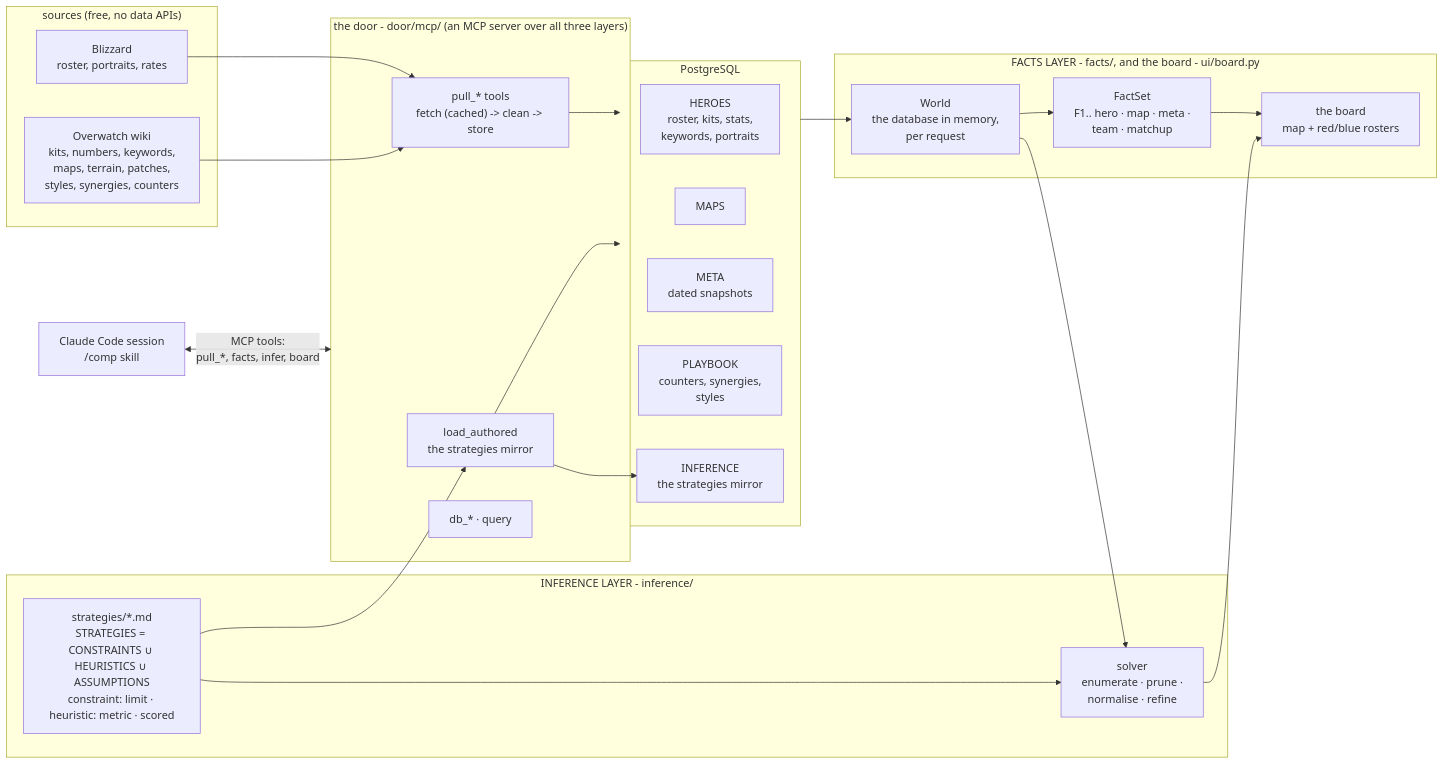
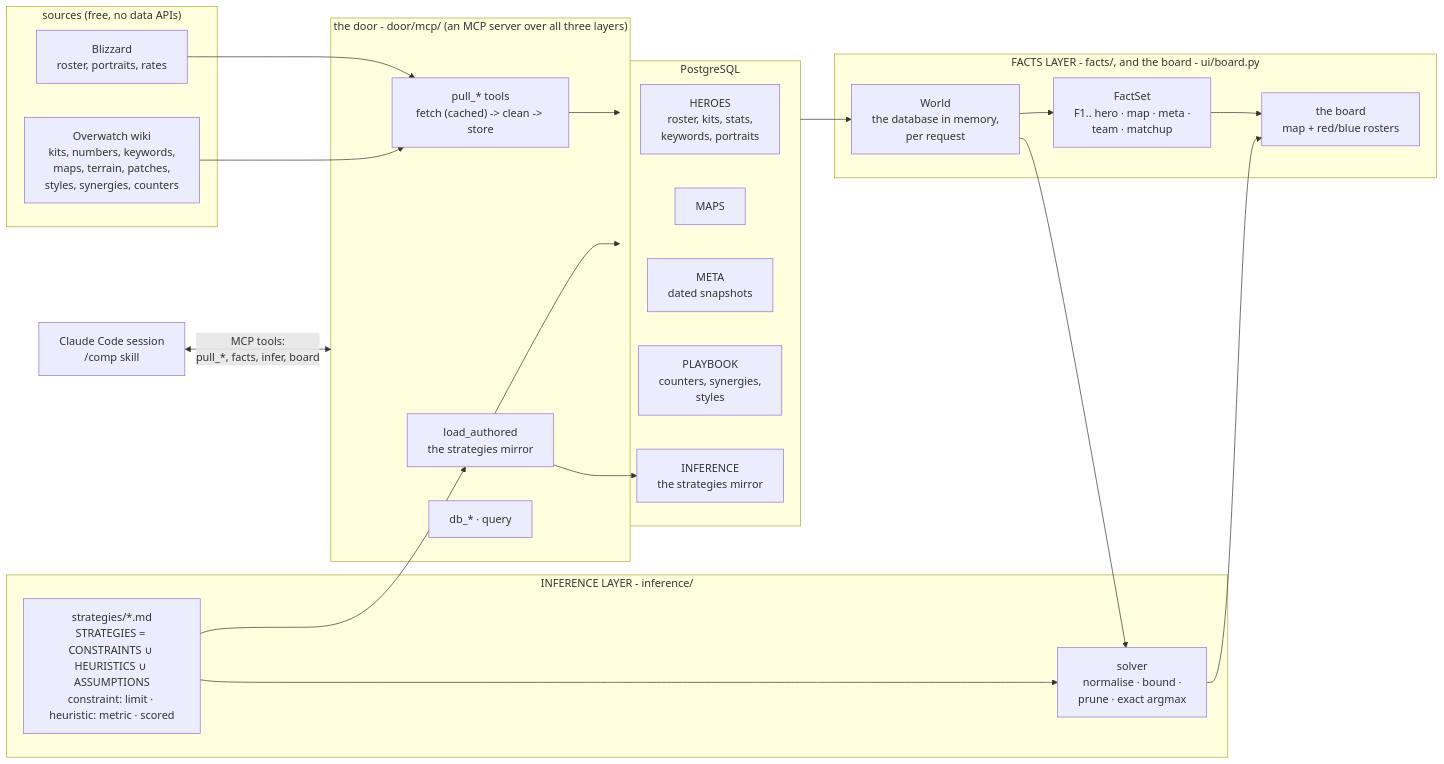
Before and after one commit to mmikol/countrix: the first of 2 diagrams in docs/architecture.md, drawn with Mermaid. The commit also changed other lines of this file and 42 other files, not shown here.

````diff
--- a/docs/architecture.md
+++ b/docs/architecture.md
@@ -58,42 +58,42 @@
 ```mermaid
 flowchart LR
     subgraph SOURCES["sources (free, no data APIs)"]
         BLZ["Blizzard<br/>roster, portraits, rates"]
         WIKI["Overwatch wiki<br/>kits, numbers, keywords,<br/>maps, terrain, patches,<br/>styles, synergies, counters"]
     end
 
     subgraph DATA["the door - door/mcp/ (an MCP server over all three layers)"]
         PULL["pull_* tools<br/>fetch (cached) -> clean -> store"]
         PLAY["load_authored<br/>the strategies mirror"]
         DBT["db_* · query"]
     end
 
     subgraph PG["PostgreSQL"]
         HEROES["HEROES<br/>roster, kits, stats,<br/>keywords, portraits"]
         MAPS["MAPS"]
         META["META<br/>dated snapshots"]
         PLAYBOOK["PLAYBOOK<br/>counters, synergies,<br/>styles"]
         INF["INFERENCE<br/>the strategies mirror"]
     end
 
     subgraph USER["FACTS LAYER - facts/, and the board - ui/board.py"]
         WORLD["World<br/>the database in memory,<br/>per request"]
         FACTS["FactSet<br/>F1.. hero · map · meta ·<br/>team · matchup"]
         BOARD["the board<br/>map + red/blue rosters"]
     end
 
     subgraph INFER["INFERENCE LAYER - inference/"]
         HEUR["strategies/*.md<br/>STRATEGIES = CONSTRAINTS ∪ HEURISTICS ∪ ASSUMPTIONS<br/>constraint: limit · heuristic: metric · scored"]
-        SOLVER["solver<br/>enumerate · prune ·<br/>normalise · refine"]
+        SOLVER["solver<br/>normalise · bound ·<br/>prune · exact argmax"]
     end
 
     BLZ & WIKI --> PULL
     HEUR --> PLAY
     PLAY --> INF
     PULL & PLAY --> PG
     PG --> WORLD --> FACTS --> BOARD
     WORLD --> SOLVER
     HEUR --> SOLVER
     SOLVER --> BOARD
     CHAT["Claude Code session<br/>/comp skill"] <-->|"MCP tools:<br/>pull_*, facts, infer, board"| DATA
 ```
````
